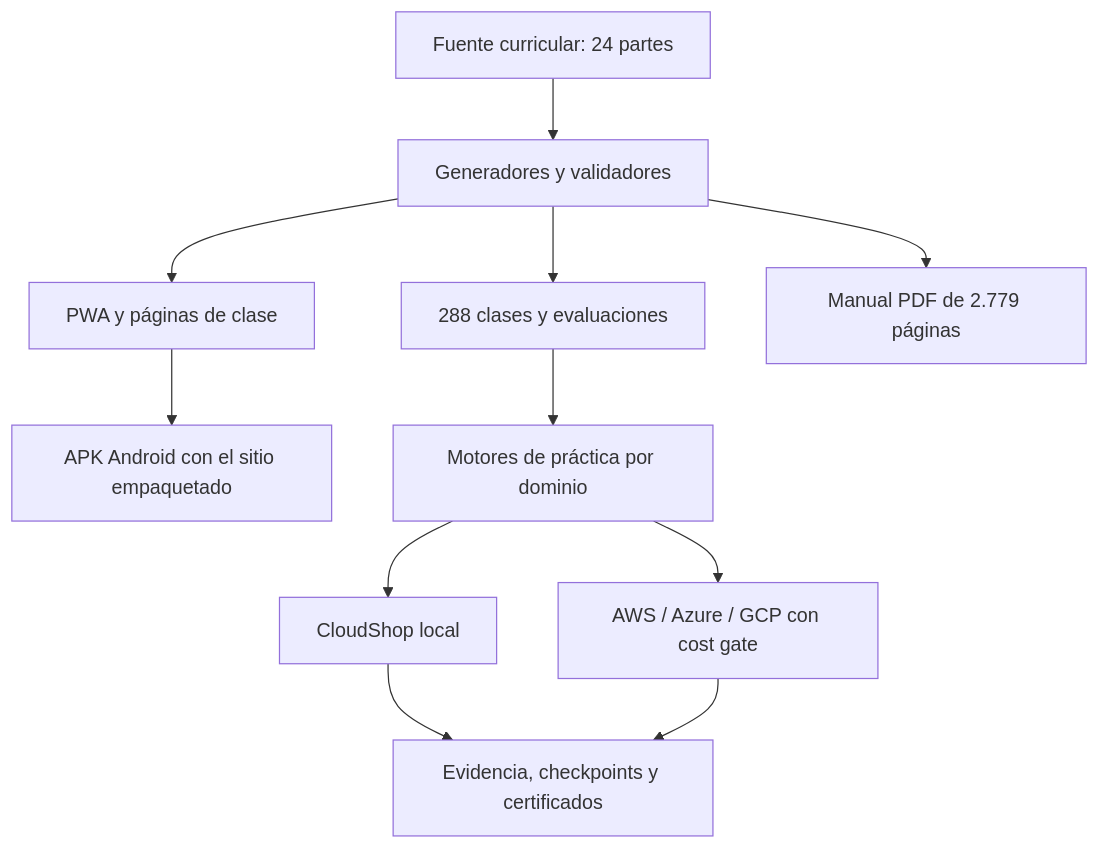
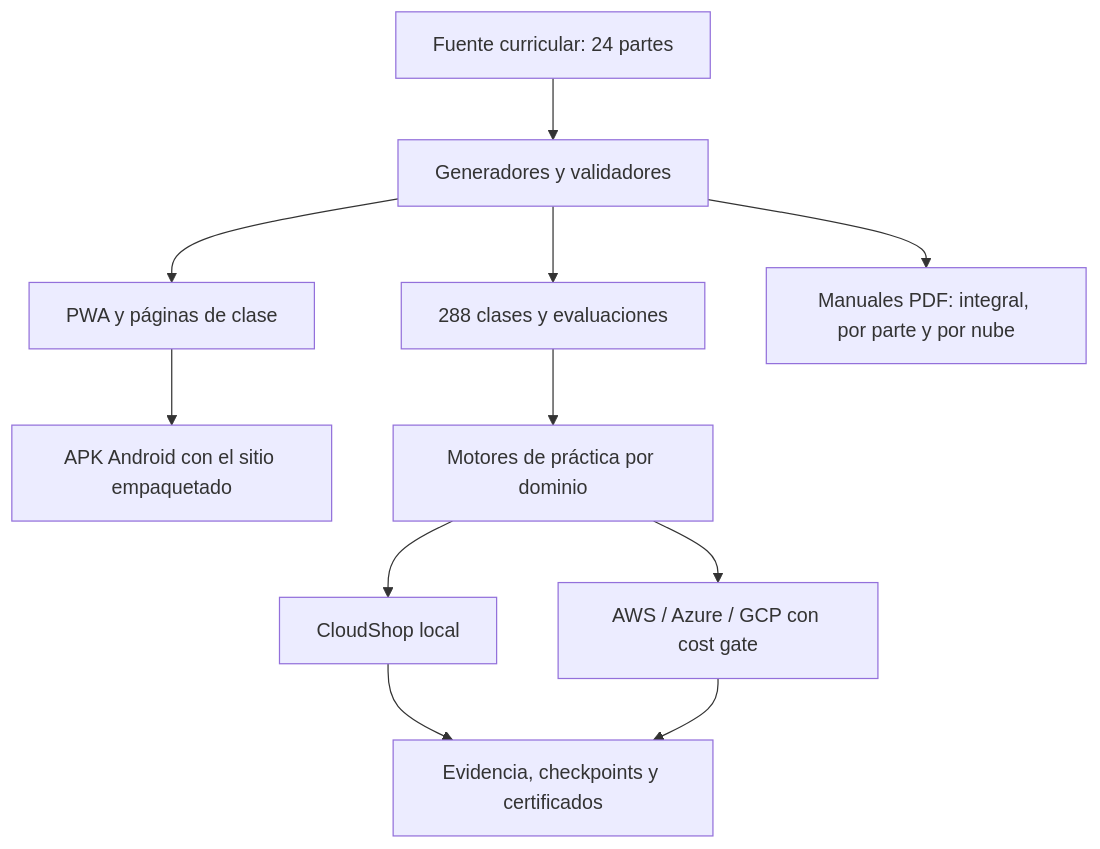
One commit to vladimiracunadev-create/multi-cloud-engineering-program changed the diagram in docs/SYSTEM_ARCHITECTURE.md. Above: the diagram before and after it, drawn with Mermaid. The commit also changed 1576 other files, not shown here.

First line of the commit message:
Renderiza los diagramas y publica manuales por parte y por nube

````diff
--- a/docs/SYSTEM_ARCHITECTURE.md
+++ b/docs/SYSTEM_ARCHITECTURE.md
@@ -3,13 +3,13 @@
 ```mermaid
 flowchart TB
   Source["Fuente curricular: 24 partes"] --> Generator["Generadores y validadores"]
   Generator --> Lessons["288 clases y evaluaciones"]
   Generator --> Portal["PWA y páginas de clase"]
-  Generator --> Manual["Manual PDF de 2.779 páginas"]
+  Generator --> Manual["Manuales PDF: integral, por parte y por nube"]
   Portal --> Apk["APK Android con el sitio empaquetado"]
   Lessons --> Labs["Motores de práctica por dominio"]
   Labs --> Local["CloudShop local"]
   Labs --> Sandbox["AWS / Azure / GCP con cost gate"]
   Local --> Evidence["Evidencia, checkpoints y certificados"]
   Sandbox --> Evidence
 ```
````
